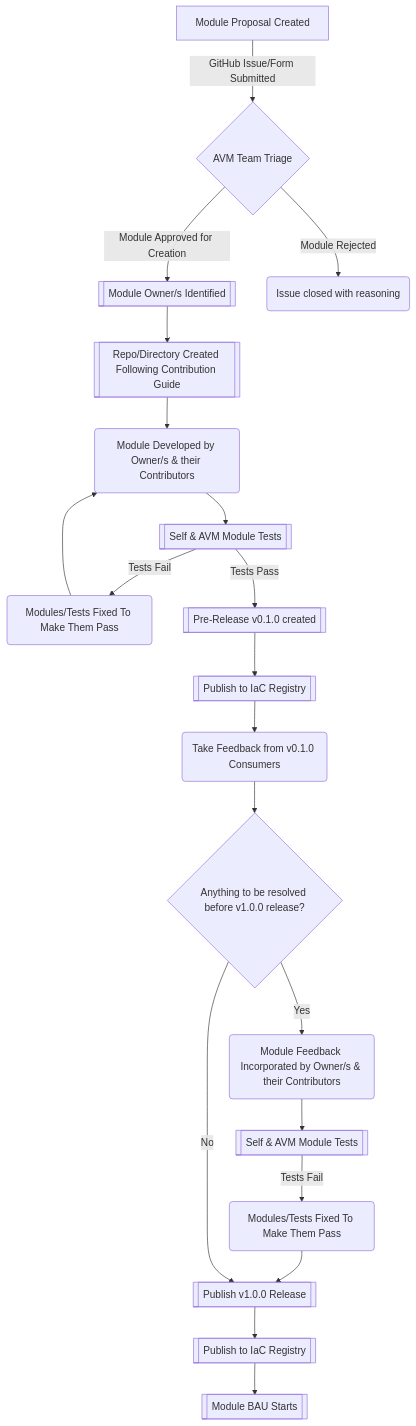
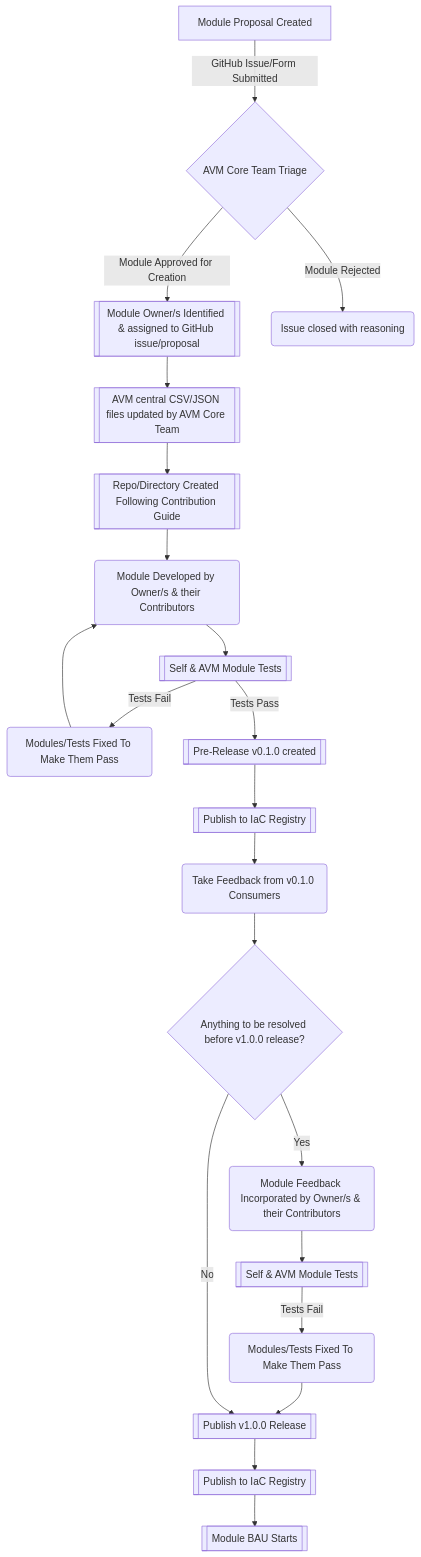
One commit to Azure/Azure-Verified-Modules changed the diagram in docs/content/contributing/process.md. Above: the diagram before and after it, drawn with Mermaid. The commit also changed other lines of this file and 1 other file, not shown here.

```diff
--- a/docs/content/contributing/process.md
+++ b/docs/content/contributing/process.md
@@ -13,22 +14,23 @@
 {{< mermaid class="text-center" >}}
 flowchart TD
-    A[Module Proposal Created] -->|GitHub Issue/Form Submitted| B{AVM Team Triage}
-    B -->|Module Approved for Creation| C[[Module Owner/s Identified]]
+    A[Module Proposal Created] -->|GitHub Issue/Form Submitted| B{AVM Core Team Triage}
+    B -->|Module Approved for Creation| C[[Module Owner/s Identified & assigned to GitHub issue/proposal ]]
     B -->|Module Rejected| D(Issue closed with reasoning)
-    C -->E[[Repo/Directory Created Following Contribution Guide]]
-    E -->F(Module Developed by Owner/s & their Contributors)
+    C -->E[[AVM central CSV/JSON files updated by AVM Core Team]]
+    E -->E1[[Repo/Directory Created Following Contribution Guide]]
+    E1 -->F(Module Developed by Owner/s & their Contributors)
     F -->G[[Self & AVM Module Tests]]
     G -->|Tests Fail|I(Modules/Tests Fixed To Make Them Pass)
     I -->F
     G -->|Tests Pass|J[[Pre-Release v0.1.0 created]]
     J -->K[[Publish to IaC Registry]]
     K -->L(Take Feedback from v0.1.0 Consumers)
     L -->M{Anything to be resolved before v1.0.0 release?}
     M -->|Yes|FixPreV1(Module Feedback Incorporated by Owner/s & their Contributors)
     FixPreV1 -->PreV1Tests[[Self & AVM Module Tests]]
     PreV1Tests -->|Tests Fail|PreV1TestsFix(Modules/Tests Fixed To Make Them Pass)
     PreV1TestsFix -->N
     M -->|No|N[[Publish v1.0.0 Release]]
     N -->O[[Publish to IaC Registry]]
     O -->P[[Module BAU Starts]]
 {{< /mermaid >}}
```
